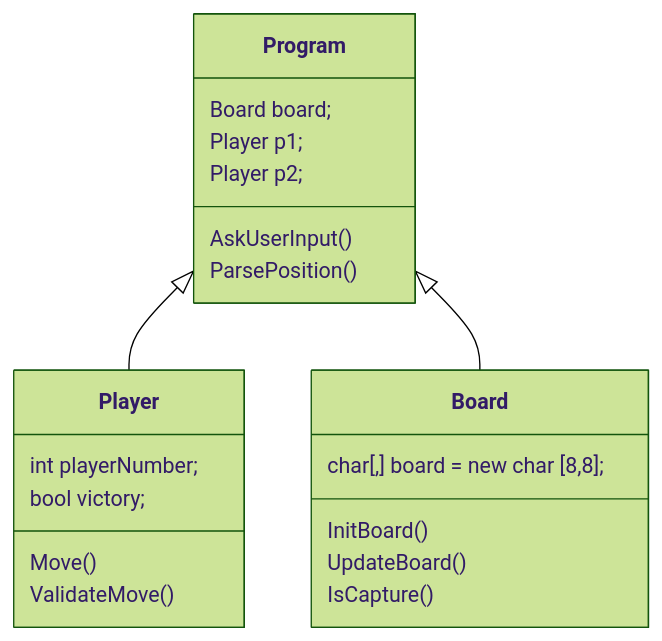
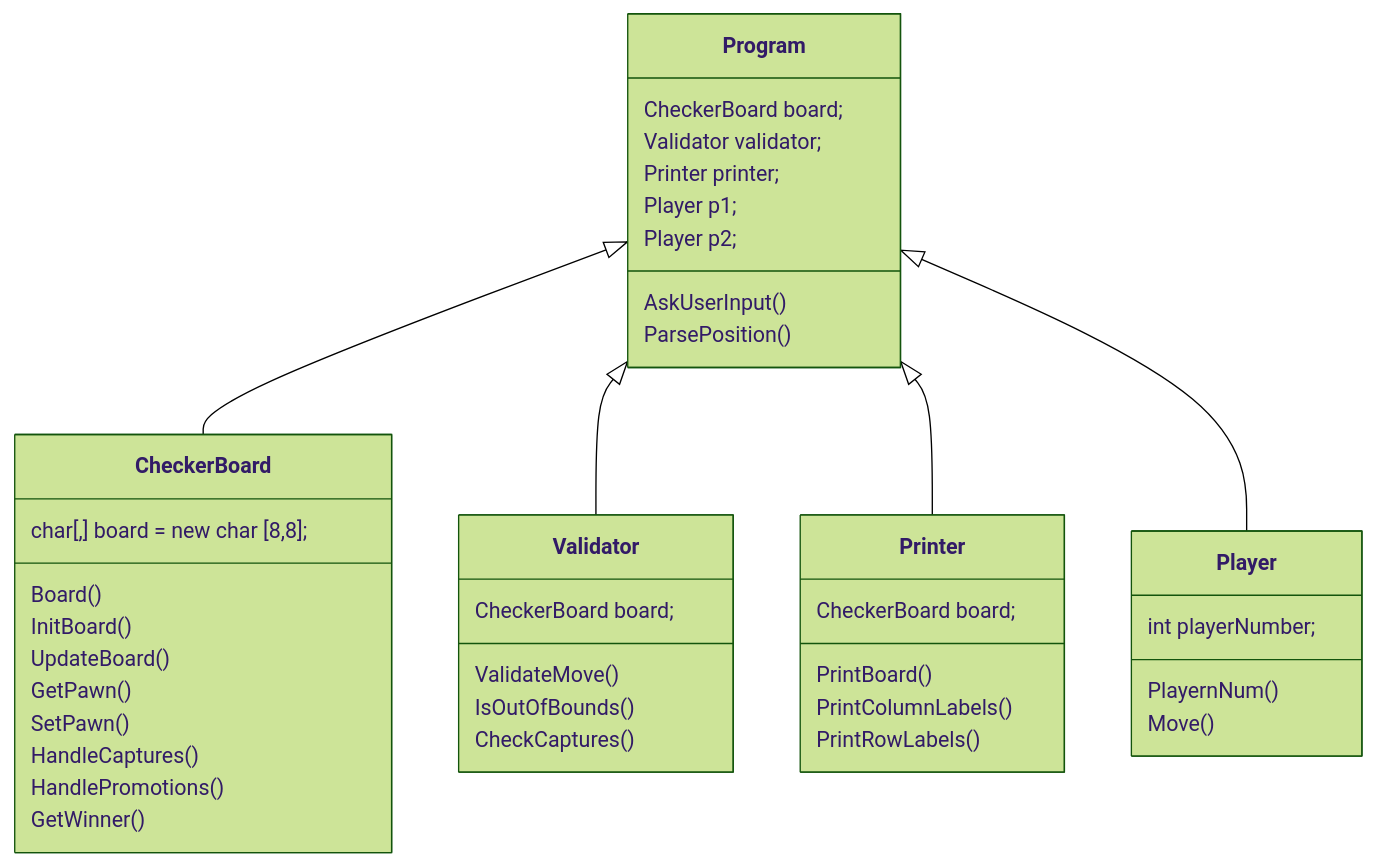
The diagram in classes.md (joonashkra/checkers), drawn with Mermaid (forest theme) before and after one commit. The commit also changed 5 other files, not shown here.

Commit message:
refactoring & updated classdiagram

````diff
--- a/classes.md
+++ b/classes.md
@@ -1,24 +1,44 @@
 ```mermaid
 classDiagram
+    Program <|-- CheckerBoard
+    Program <|-- Validator
+    Program <|-- Printer
     Program <|-- Player
-    Program <|-- Board
     class Program {
-        Board board;
+        CheckerBoard board;
+        Validator validator;
+        Printer printer;
         Player p1;
         Player p2;
         AskUserInput()
         ParsePosition()
     }
+    class CheckerBoard {
+      char[,] board = new char [8,8];
+      Board()
+      InitBoard()
+      UpdateBoard()
+        GetPawn()
+        SetPawn()
+        HandleCaptures()
+        HandlePromotions()
+        GetWinner()
+    }
+    class Printer {
+        CheckerBoard board;
+        PrintBoard()
+        PrintColumnLabels()
+        PrintRowLabels()
+    }
+    class Validator {
+        CheckerBoard board;
+        ValidateMove()
+        IsOutOfBounds()
+        CheckCaptures()
+    }
     class Player {
       int playerNumber;
-      bool victory;
+      PlayernNum()
       Move()
-      ValidateMove()
-    }
-    class Board {
-      char[,] board = new char [8,8];
-      InitBoard()
-      UpdateBoard()
-      IsCapture()
     }
 ```
````
